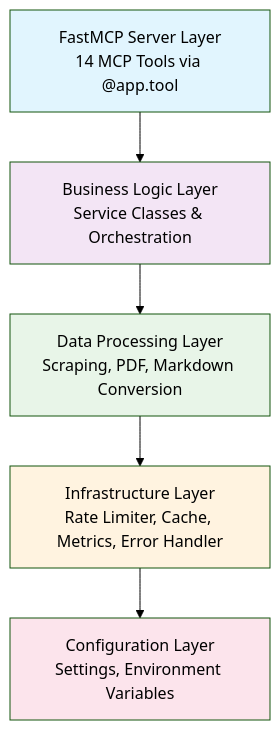
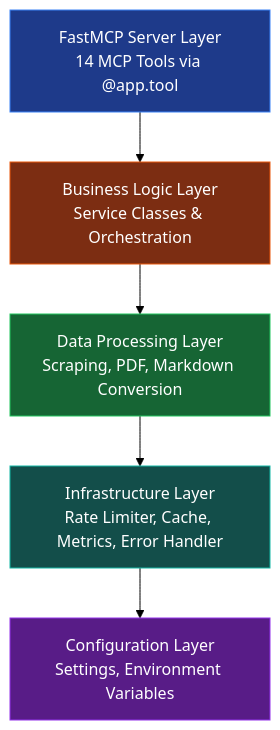
Before and after one commit to ThreeFish-AI/data-extractor: the first of 3 diagrams in docs/1-Framework.md, drawn with Mermaid (forest theme). The commit also changed other lines of this file, not shown here.

Commit message:
docs(Framework): 优化Mermaid图表深色主题配色
- 为核心架构层次图应用深色主题配色方案
- 统一多级缓存策略图和核心架构图的视觉风格
- 使用深色背景和对比色边框，提升深色IDE中的可读性
- 确保所有图表保持一致的色彩搭配

🤖 Generated with [Claude Code](https://claude.ai/claude-code)

````diff
--- a/docs/1-Framework.md
+++ b/docs/1-Framework.md
@@ -29,13 +29,13 @@
 ```mermaid
 graph TD
     A[FastMCP Server Layer<br/>14 MCP Tools via @app.tool] --> B[Business Logic Layer<br/>Service Classes & Orchestration]
     B --> C[Data Processing Layer<br/>Scraping, PDF, Markdown Conversion]
     C --> D[Infrastructure Layer<br/>Rate Limiter, Cache, Metrics, Error Handler]
     D --> E[Configuration Layer<br/>Settings, Environment Variables]
 
-    style A fill:#e1f5fe
-    style B fill:#f3e5f5
-    style C fill:#e8f5e8
-    style D fill:#fff3e0
-    style E fill:#fce4ec
+    style A fill:#1e3a8a,stroke:#3b82f6,color:#ffffff
+    style B fill:#7c2d12,stroke:#ea580c,color:#ffffff
+    style C fill:#166534,stroke:#22c55e,color:#ffffff
+    style D fill:#134e4a,stroke:#14b8a6,color:#ffffff
+    style E fill:#581c87,stroke:#9333ea,color:#ffffff
 ```
````
